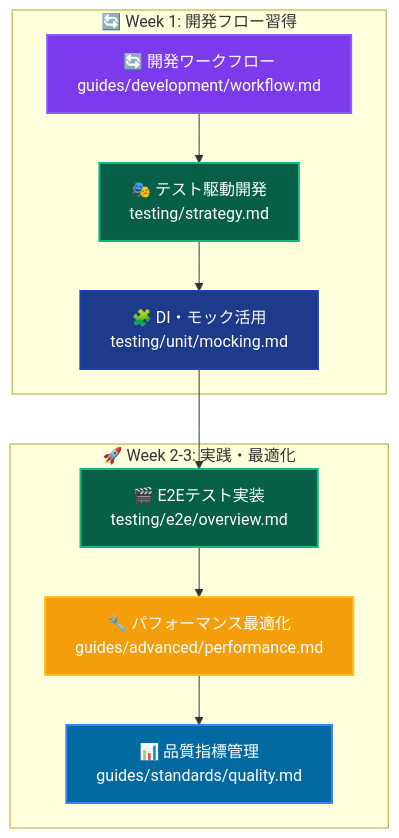
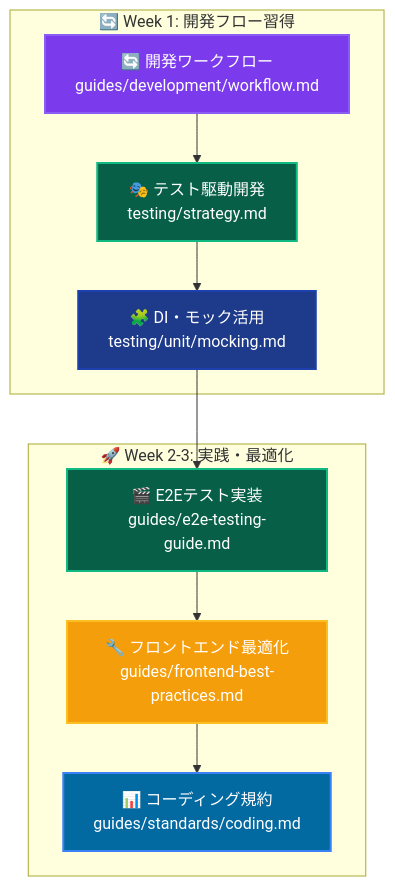
The fourth of 6 diagrams in _DOCS/README.md (derushio/d-next-ddd-example), drawn with Mermaid before and after one commit. The commit also changed other lines of this file and 102 other files, not shown here.

````diff
--- a/_DOCS/README.md
+++ b/_DOCS/README.md
@@ -251,23 +263,23 @@
 ```mermaid
 graph TB
     subgraph "🔄 Week 1: 開発フロー習得"
         E1[🔄 開発ワークフロー<br/>guides/development/workflow.md]
         E2[🎭 テスト駆動開発<br/>testing/strategy.md]
         E3[🧩 DI・モック活用<br/>testing/unit/mocking.md]
     end
 
     subgraph "🚀 Week 2-3: 実践・最適化"
-        F1[🎬 E2Eテスト実装<br/>testing/e2e/overview.md]
-        F2[🔧 パフォーマンス最適化<br/>guides/advanced/performance.md]
-        F3[📊 品質指標管理<br/>guides/standards/quality.md]
+        F1[🎬 E2Eテスト実装<br/>guides/e2e-testing-guide.md]
+        F2[🔧 フロントエンド最適化<br/>guides/frontend-best-practices.md]
+        F3[📊 コーディング規約<br/>guides/standards/coding.md]
     end
 
     E1 --> E2 --> E3 --> F1 --> F2 --> F3
 
     style E1 fill:#7c3aed,stroke:#8b5cf6,stroke-width:2px,color:#ffffff
     style E2 fill:#065f46,stroke:#10b981,stroke-width:2px,color:#ffffff
     style E3 fill:#1e3a8a,stroke:#1e40af,stroke-width:2px,color:#ffffff
     style F1 fill:#065f46,stroke:#10b981,stroke-width:2px,color:#ffffff
     style F2 fill:#f59e0b,stroke:#fbbf24,stroke-width:2px,color:#ffffff
     style F3 fill:#0369a1,stroke:#3b82f6,stroke-width:2px,color:#ffffff
 ```
````
